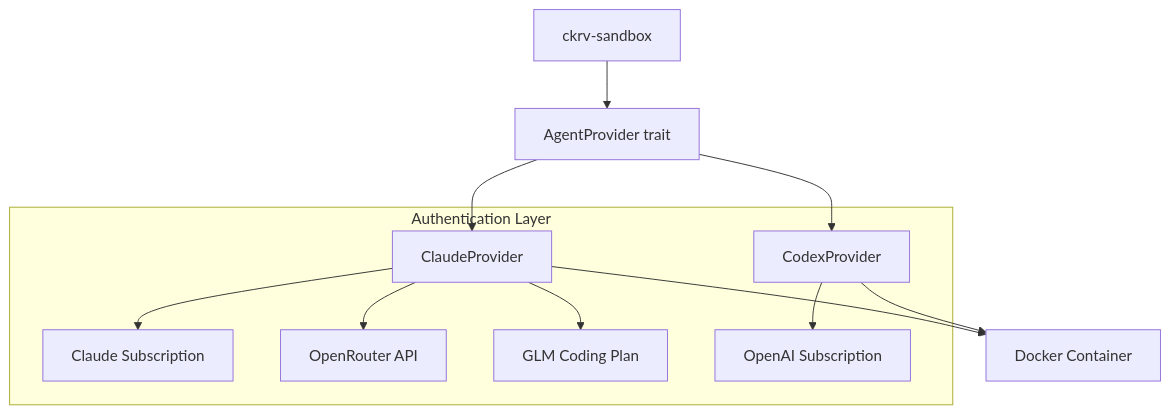
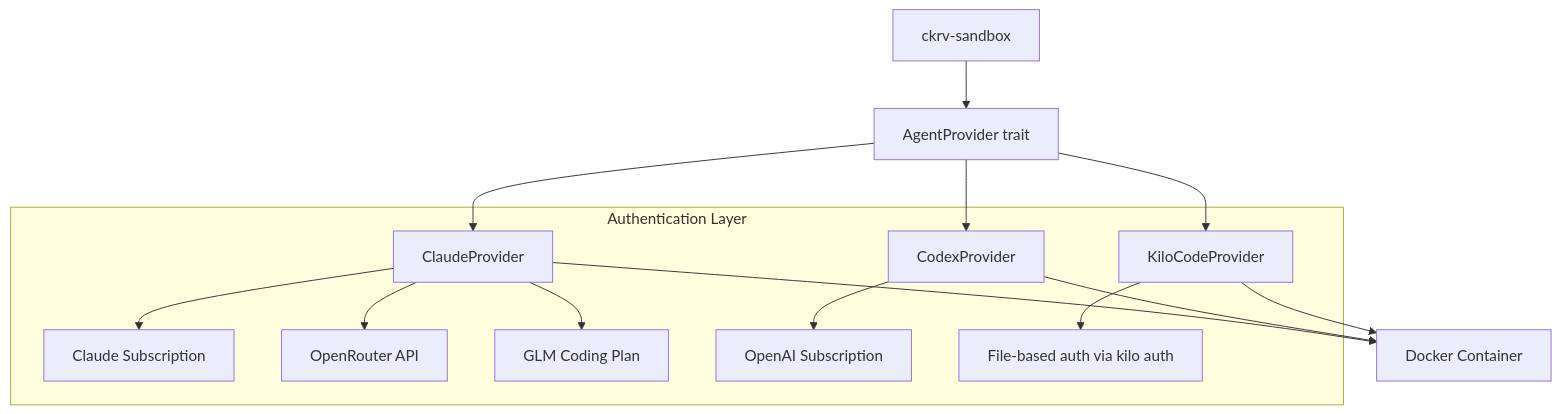
The diagram in crates/docs/agent-guide.md (FnSK4R17s/chakravarti-cli), drawn with Mermaid before and after one commit. The commit also changed other lines of this file and 26 other files, not shown here.

First line of the commit message:
feat: add Kilo Code agent support

````diff
--- a/crates/docs/agent-guide.md
+++ b/crates/docs/agent-guide.md
@@ -53,16 +56,19 @@
 ```mermaid
 graph TD
     Sandbox[ckrv-sandbox] --> Provider[AgentProvider trait]
     Provider --> Claude[ClaudeProvider]
     Provider --> Codex[CodexProvider]
+    Provider --> Kilo[KiloCodeProvider]
     
     Claude --> Docker[Docker Container]
     Codex --> Docker
+    Kilo --> Docker
     
     subgraph "Authentication Layer"
         Claude --> ClaudeSub[Claude Subscription]
         Claude --> OpenRouter[OpenRouter API]
         Claude --> GLM[GLM Coding Plan]
         Codex --> OpenAISub[OpenAI Subscription]
+        Kilo --> KiloAuth[File-based auth via kilo auth]
     end
 ```
````
